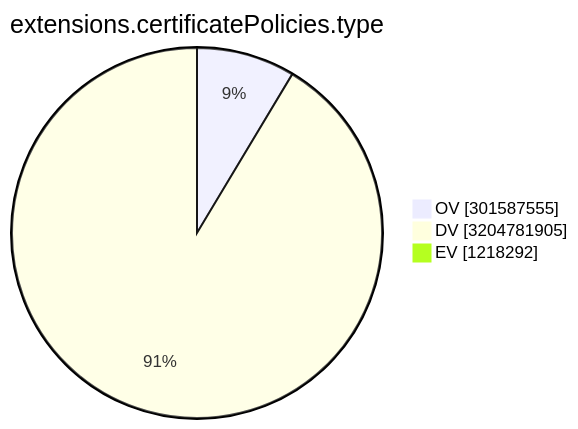
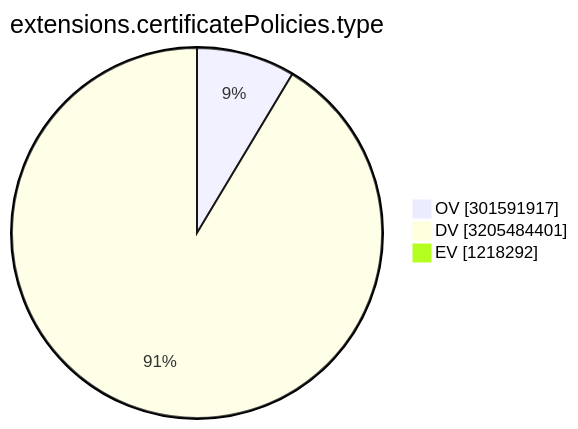
The ninth of 15 diagrams in TOTAL/README.md (christiankrug/ctmonitor_visualization), drawn with Mermaid before and after one commit. The commit also changed other lines of this file, not shown here.

````diff
--- a/TOTAL/README.md
+++ b/TOTAL/README.md
@@ -3106,7 +3106,7 @@
 ```mermaid
 pie showData
 title extensions.certificatePolicies.type
-"OV" :301587555
-"DV" :3204781905
+"OV" :301591917
+"DV" :3205484401
 "EV" :1218292
 ```
````
